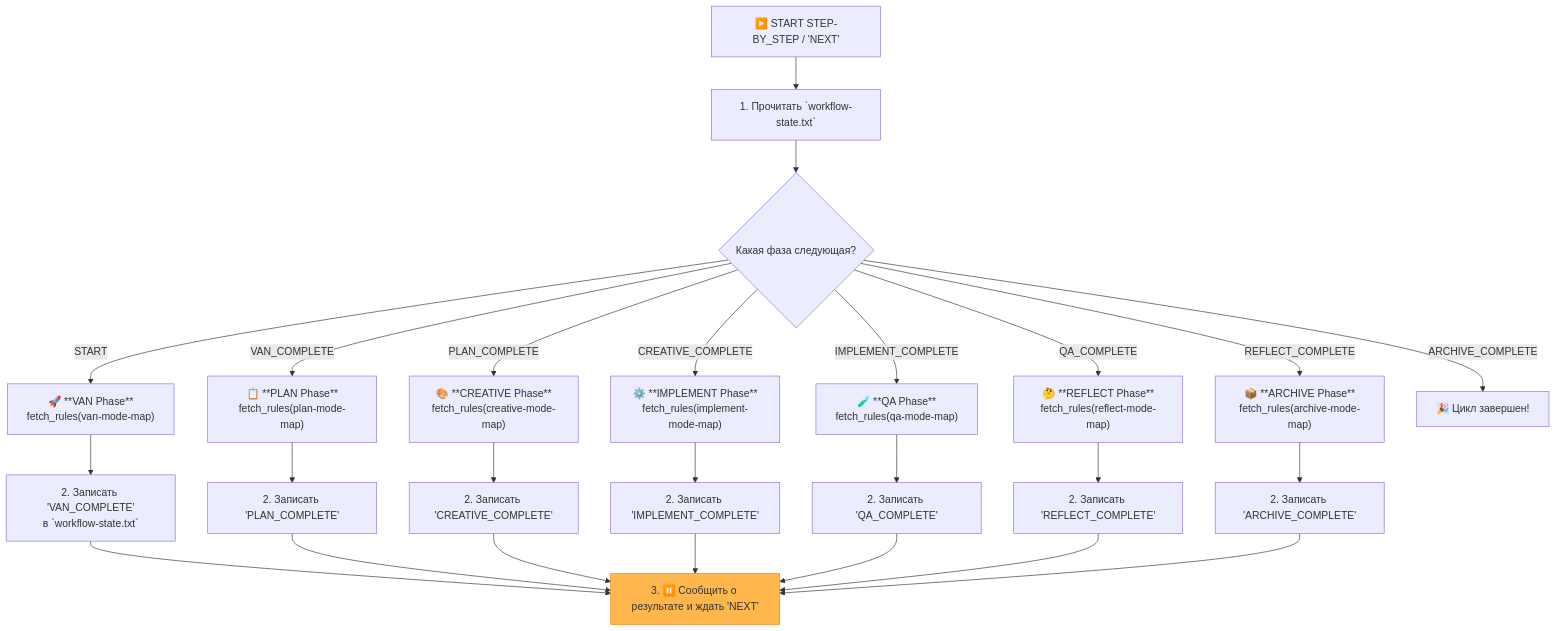
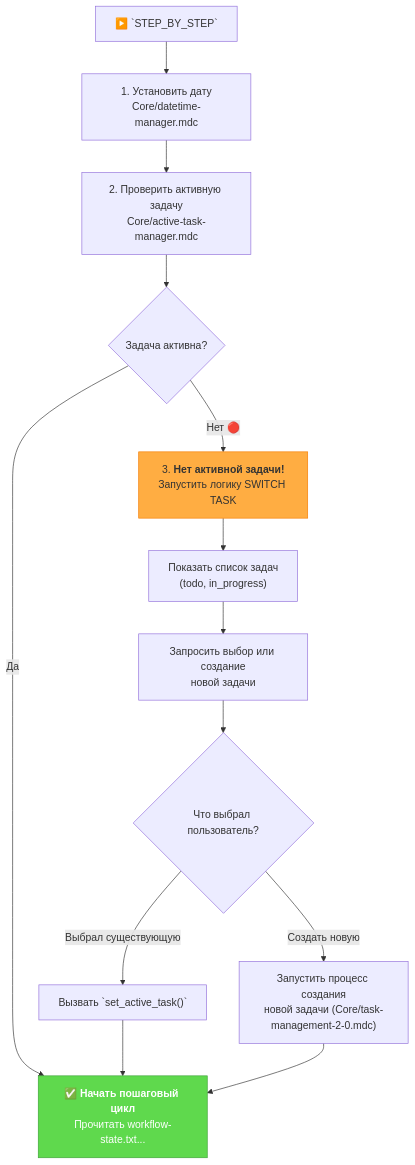
Before and after one commit to vanzan01/cursor-memory-bank: the diagram in custom_modes/step_by_step_instructions.md, drawn with Mermaid. The commit also changed other lines of this file and 52 other files, not shown here.

Commit message:
Добавлены новые правила для управления активными задачами и генерации сообщений коммитов. Обновлены существующие правила для улучшения логики обработки контекста и управления задачами. Включены инструкции по созданию заметок для релиза и улучшены диаграммы процесса для режимов ARCHIVE и CREATIVE.

````diff
--- a/custom_modes/step_by_step_instructions.md
+++ b/custom_modes/step_by_step_instructions.md
@@ -7,26 +7,23 @@
 ```mermaid
 graph TD
-    Start["▶️ START STEP-BY_STEP / 'NEXT'"] --> ReadState["1. Прочитать `workflow-state.txt`"]
-    ReadState --> DecidePhase{"Какая фаза следующая?"}
+    Start["▶️ `STEP_BY_STEP`"] --> InitDate["1. Установить дату<br>Core/datetime-manager.mdc"]
+    InitDate --> GetActiveTask["2. Проверить активную задачу<br>Core/active-task-manager.mdc"]
 
-    DecidePhase -- "START" --> VAN_Phase["🚀 **VAN Phase**<br>fetch_rules(van-mode-map)"]
-    DecidePhase -- "VAN_COMPLETE" --> PLAN_Phase["📋 **PLAN Phase**<br>fetch_rules(plan-mode-map)"]
-    DecidePhase -- "PLAN_COMPLETE" --> CREATIVE_Phase["🎨 **CREATIVE Phase**<br>fetch_rules(creative-mode-map)"]
-    DecidePhase -- "CREATIVE_COMPLETE" --> IMPLEMENT_Phase["⚙️ **IMPLEMENT Phase**<br>fetch_rules(implement-mode-map)"]
-    DecidePhase -- "IMPLEMENT_COMPLETE" --> QA_Phase["🧪 **QA Phase**<br>fetch_rules(qa-mode-map)"]
-    DecidePhase -- "QA_COMPLETE" --> REFLECT_Phase["🤔 **REFLECT Phase**<br>fetch_rules(reflect-mode-map)"]
-    DecidePhase -- "REFLECT_COMPLETE" --> ARCHIVE_Phase["📦 **ARCHIVE Phase**<br>fetch_rules(archive-mode-map)"]
-    DecidePhase -- "ARCHIVE_COMPLETE" --> Finish["🎉 Цикл завершен!"]
+    GetActiveTask --> IsTaskActive{"Задача активна?"}
 
-    VAN_Phase --> WriteState_VAN["2. Записать 'VAN_COMPLETE'<br>в `workflow-state.txt`"]
-    PLAN_Phase --> WriteState_PLAN["2. Записать 'PLAN_COMPLETE'"]
-    CREATIVE_Phase --> WriteState_CREATIVE["2. Записать 'CREATIVE_COMPLETE'"]
-    IMPLEMENT_Phase --> WriteState_IMPLEMENT["2. Записать 'IMPLEMENT_COMPLETE'"]
-    QA_Phase --> WriteState_QA["2. Записать 'QA_COMPLETE'"]
-    REFLECT_Phase --> WriteState_REFLECT["2. Записать 'REFLECT_COMPLETE'"]
-    ARCHIVE_Phase --> WriteState_ARCHIVE["2. Записать 'ARCHIVE_COMPLETE'"]
+    IsTaskActive -- "Да" --> STEP_BY_STEP_Flow["✅ <b>Начать пошаговый цикл</b><br>Прочитать workflow-state.txt..."]
 
-    WriteState_VAN & WriteState_PLAN & WriteState_CREATIVE & WriteState_IMPLEMENT & WriteState_QA & WriteState_REFLECT & WriteState_ARCHIVE --> Pause["3. ⏸️ Сообщить о результате и ждать 'NEXT'"]
+    IsTaskActive -- "Нет 🔴" --> NoTaskFlow["3. <b>Нет активной задачи!</b><br>Запустить логику SWITCH TASK"]
+    NoTaskFlow --> ListTasks["Показать список задач<br>(todo, in_progress)"]
+    ListTasks --> UserPrompt["Запросить выбор или создание<br>новой задачи"]
+    UserPrompt --> UserChoice{"Что выбрал пользователь?"}
 
-    style Pause fill:#ffb74d,stroke:#f57c00
+    UserChoice -- "Выбрал существующую" --> SetTask["Вызвать `set_active_task()`"]
+    UserChoice -- "Создать новую" --> CreateTask["Запустить процесс создания<br>новой задачи (Core/task-management-2-0.mdc)"]
+
+    SetTask --> STEP_BY_STEP_Flow
+    CreateTask --> STEP_BY_STEP_Flow
+
+    style NoTaskFlow fill:#ffad42,stroke:#f57c00
+    style STEP_BY_STEP_Flow fill:#5fd94d,stroke:#3da336,color:white
 ```
````
